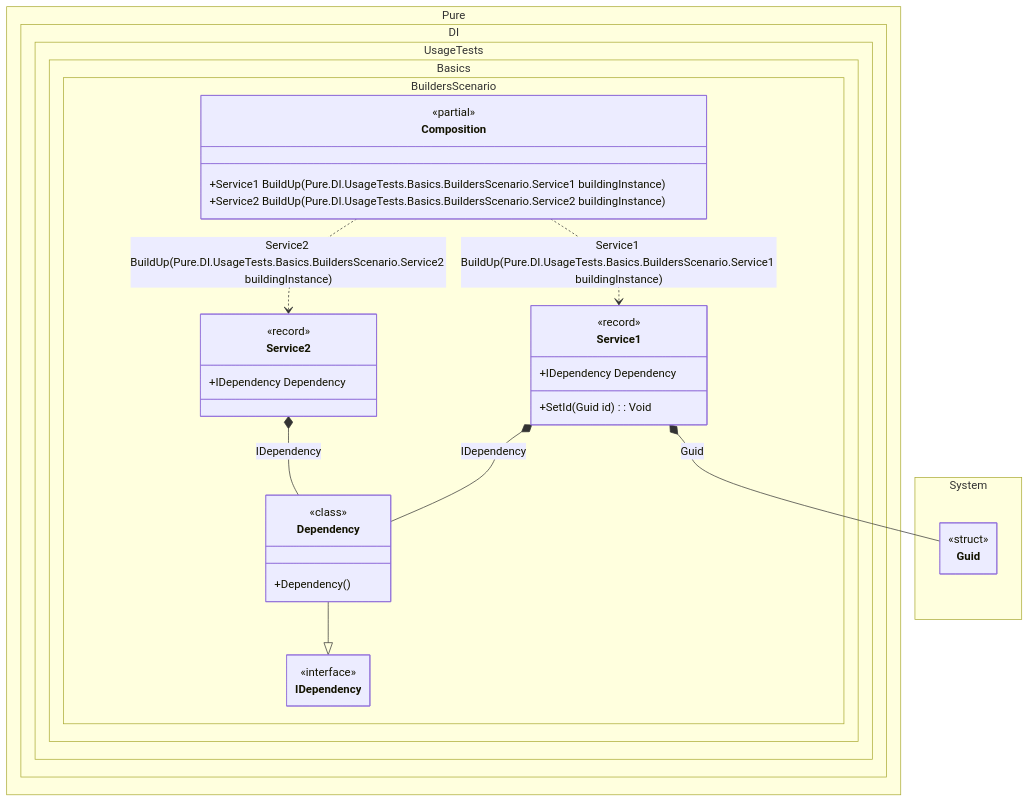
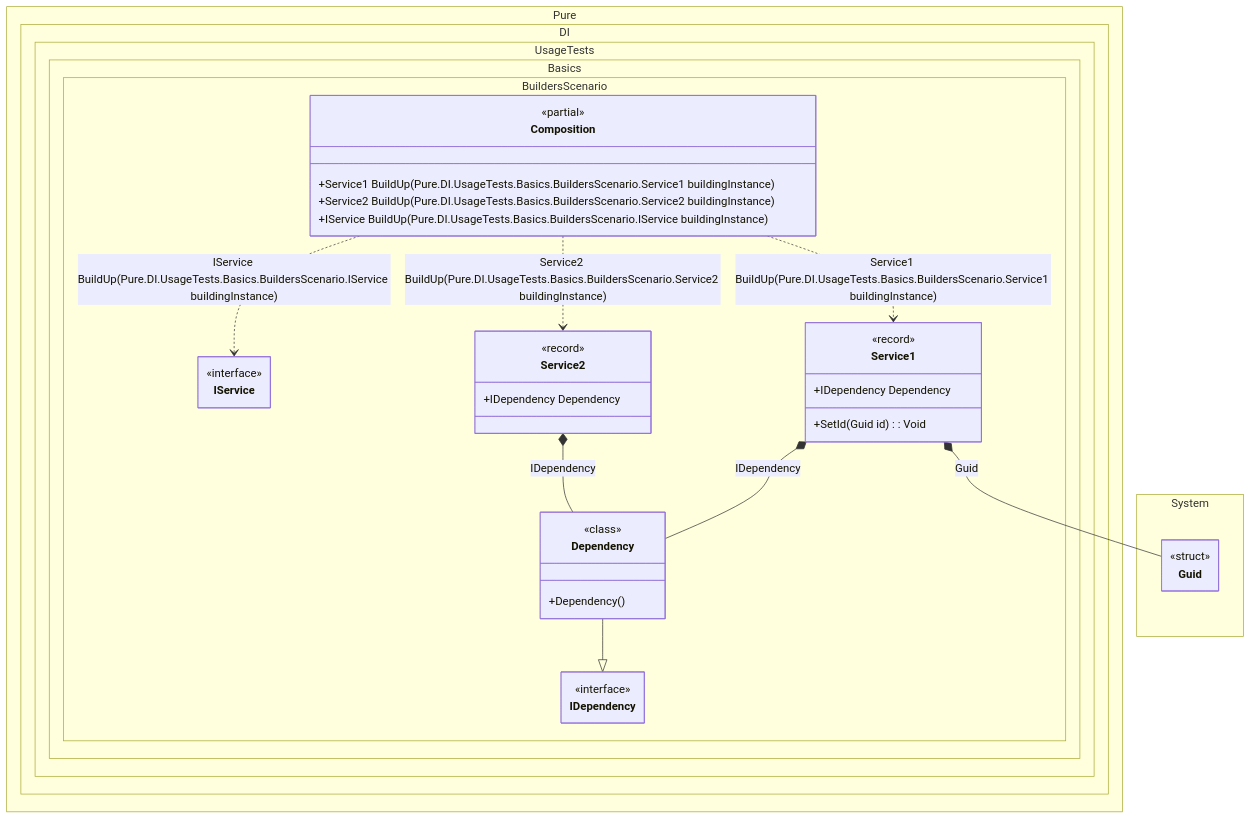
Before and after one commit to DevTeam/Pure.DI: the diagram in readme/builders.md, drawn with Mermaid. The commit also changed other lines of this file and 33 other files, not shown here.

````diff
--- a/readme/builders.md
+++ b/readme/builders.md
@@ -143,44 +182,49 @@
 ```mermaid
 ---
  config:
   maxTextSize: 2147483647
   maxEdges: 2147483647
   class:
    hideEmptyMembersBox: true
 ---
 classDiagram
 	Dependency --|> IDependency
+	Composition ..> IService : IService BuildUp(Pure.DI.UsageTests.Basics.BuildersScenario.IService buildingInstance)
 	Composition ..> Service2 : Service2 BuildUp(Pure.DI.UsageTests.Basics.BuildersScenario.Service2 buildingInstance)
 	Composition ..> Service1 : Service1 BuildUp(Pure.DI.UsageTests.Basics.BuildersScenario.Service1 buildingInstance)
 	Service1 *--  Guid : Guid
 	Service1 *--  Dependency : IDependency
 	Service2 *--  Dependency : IDependency
 	namespace Pure.DI.UsageTests.Basics.BuildersScenario {
 		class Composition {
 		<<partial>>
 		+Service1 BuildUp(Pure.DI.UsageTests.Basics.BuildersScenario.Service1 buildingInstance)
 		+Service2 BuildUp(Pure.DI.UsageTests.Basics.BuildersScenario.Service2 buildingInstance)
+		+IService BuildUp(Pure.DI.UsageTests.Basics.BuildersScenario.IService buildingInstance)
 		}
 		class Dependency {
 				<<class>>
 			+Dependency()
 		}
 		class IDependency {
 			<<interface>>
+		}
+		class IService {
+				<<interface>>
 		}
 		class Service1 {
 				<<record>>
 			+IDependency Dependency
 			+SetId(Guid id) : Void
 		}
 		class Service2 {
 				<<record>>
 			+IDependency Dependency
 		}
 	}
 	namespace System {
 		class Guid {
 				<<struct>>
 		}
 	}
 ```
````
